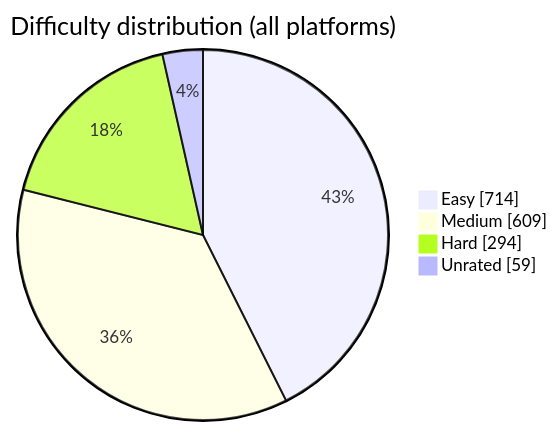
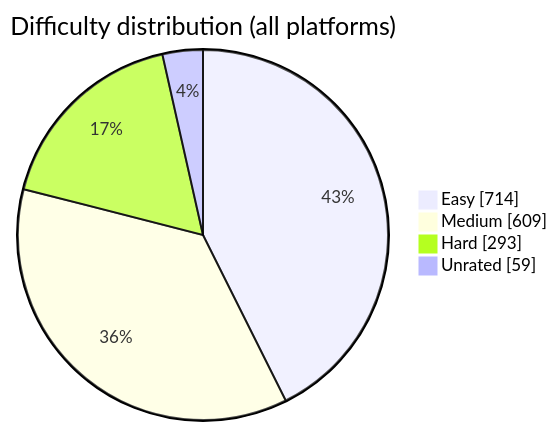
The diagram in README.md (BuildbyArindam/Daily-Coding-Log), drawn with Mermaid before and after one commit. The commit also changed other lines of this file, not shown here.

````diff
--- a/README.md
+++ b/README.md
@@ -93,7 +93,7 @@
 ```mermaid
 pie showData title Difficulty distribution (all platforms)
     "Easy" : 714
     "Medium" : 609
-    "Hard" : 294
+    "Hard" : 293
     "Unrated" : 59
 ```
````
